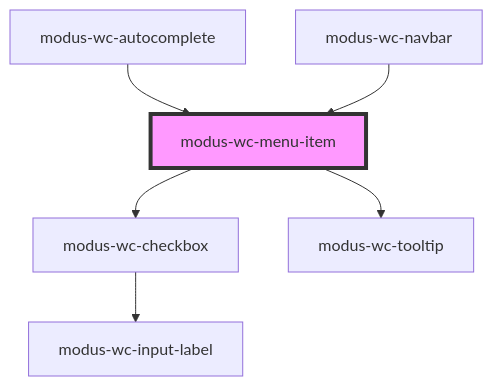
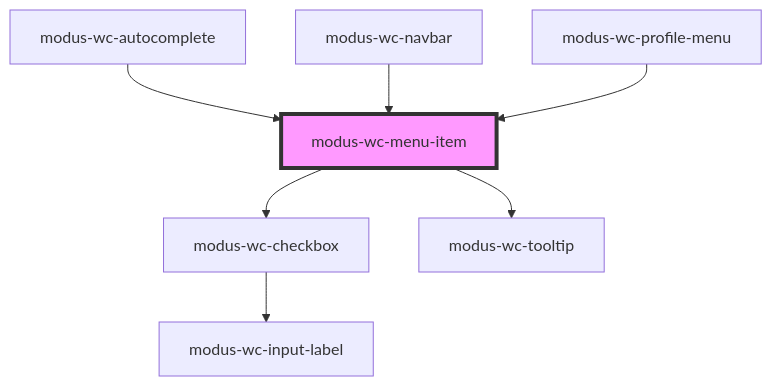
The diagram in src/components/modus-wc-menu-item/readme.md (trimble-oss/modus-wc-2.0), drawn with Mermaid before and after one commit. The commit also changed other lines of this file and 26 other files, not shown here.

````diff
--- a/src/components/modus-wc-menu-item/readme.md
+++ b/src/components/modus-wc-menu-item/readme.md
@@ -67,9 +68,10 @@
 ```mermaid
 graph TD;
   modus-wc-menu-item --> modus-wc-checkbox
   modus-wc-menu-item --> modus-wc-tooltip
   modus-wc-checkbox --> modus-wc-input-label
   modus-wc-autocomplete --> modus-wc-menu-item
   modus-wc-navbar --> modus-wc-menu-item
+  modus-wc-profile-menu --> modus-wc-menu-item
   style modus-wc-menu-item fill:#f9f,stroke:#333,stroke-width:4px
 ```
````
